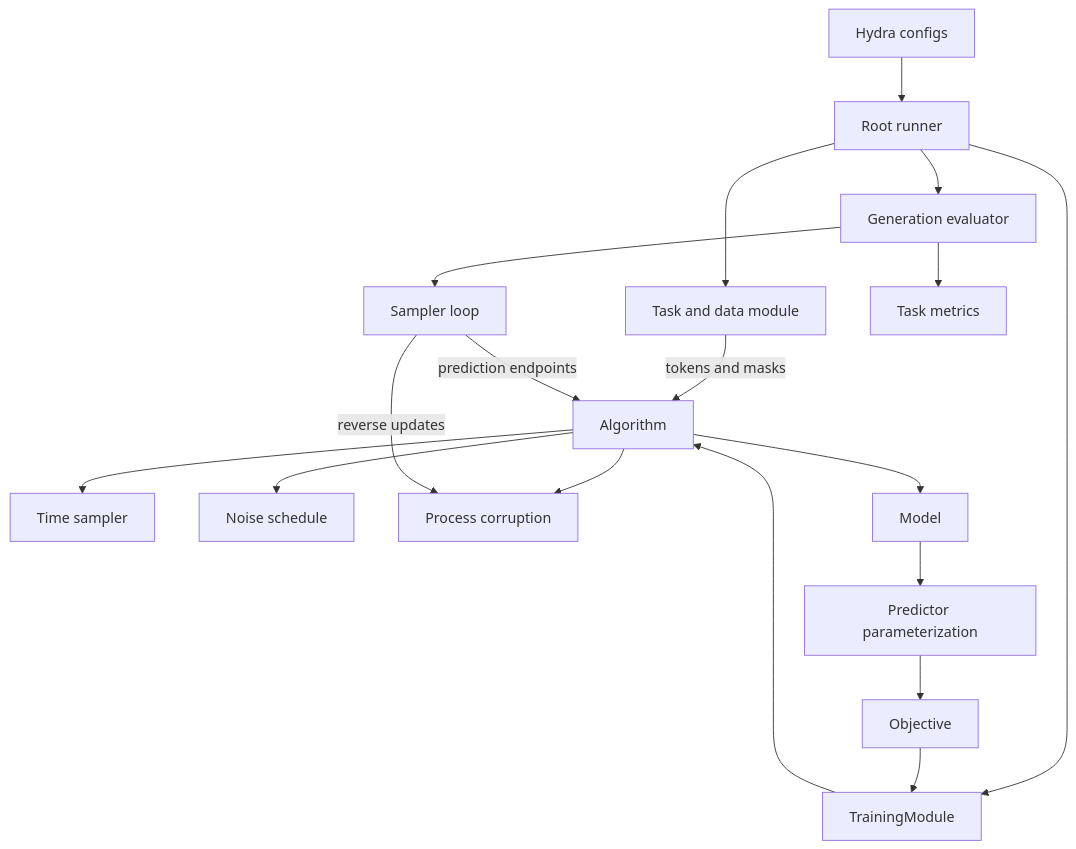
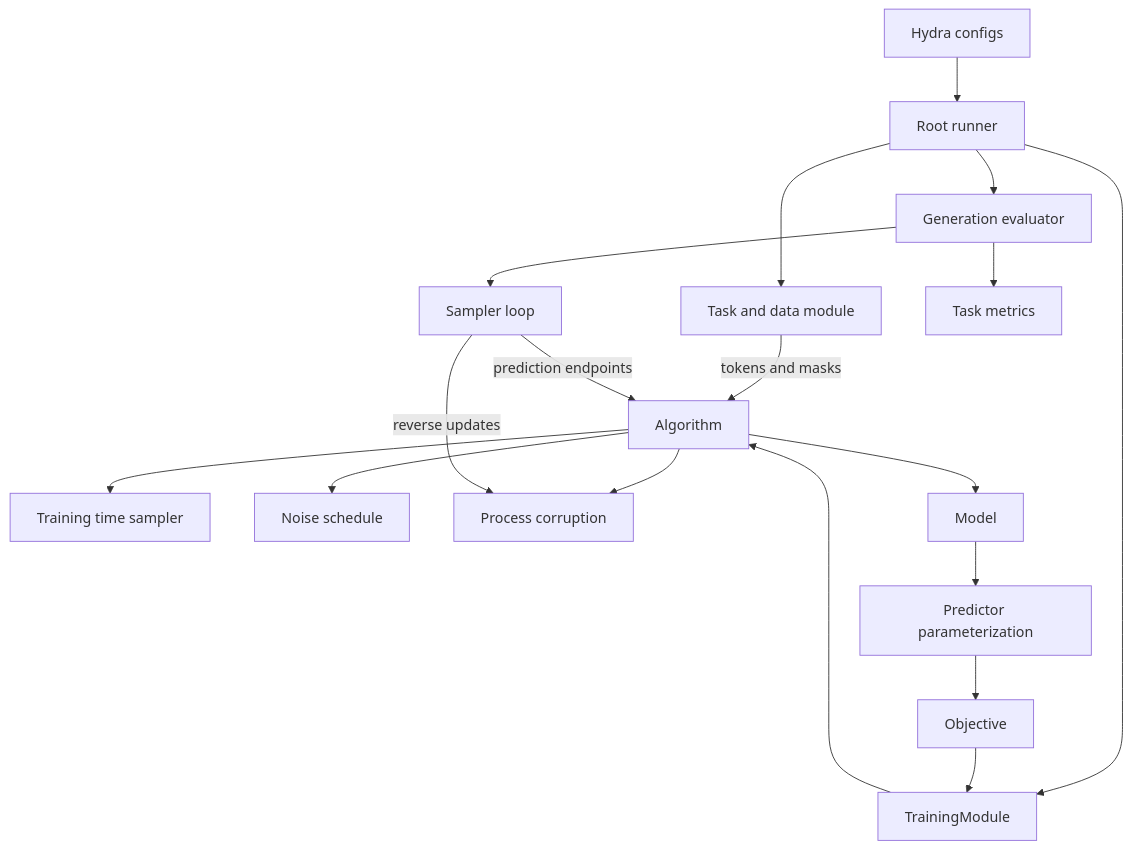
One commit to patrickpynadath1/candi changed the diagram in docs/concepts/architecture.md. Above: the diagram before and after it, drawn with Mermaid. The commit also changed other lines of this file and 35 other files, not shown here.

First line of the commit message:
Decouple the training time sampler from the noise schedule

````diff
--- a/docs/concepts/architecture.md
+++ b/docs/concepts/architecture.md
@@ -12,20 +12,20 @@
 ```mermaid
 flowchart TD
     Config[Hydra configs] --> Runner[Root runner]
     Runner --> Task[Task and data module]
     Runner --> Trainer[TrainingModule]
     Trainer --> Algo[Algorithm]
     Task -->|tokens and masks| Algo
-    Algo --> Time[Time sampler]
+    Algo --> Time[Training time sampler]
     Algo --> Schedule[Noise schedule]
     Algo --> Process[Process corruption]
     Algo --> Model[Model]
     Model --> Predictor[Predictor parameterization]
     Predictor --> Objective[Objective]
     Objective --> Trainer
     Runner --> Evaluator[Generation evaluator]
     Evaluator --> Sampler[Sampler loop]
     Sampler -->|prediction endpoints| Algo
     Sampler -->|reverse updates| Process
     Evaluator --> Metrics[Task metrics]
 ```
````
